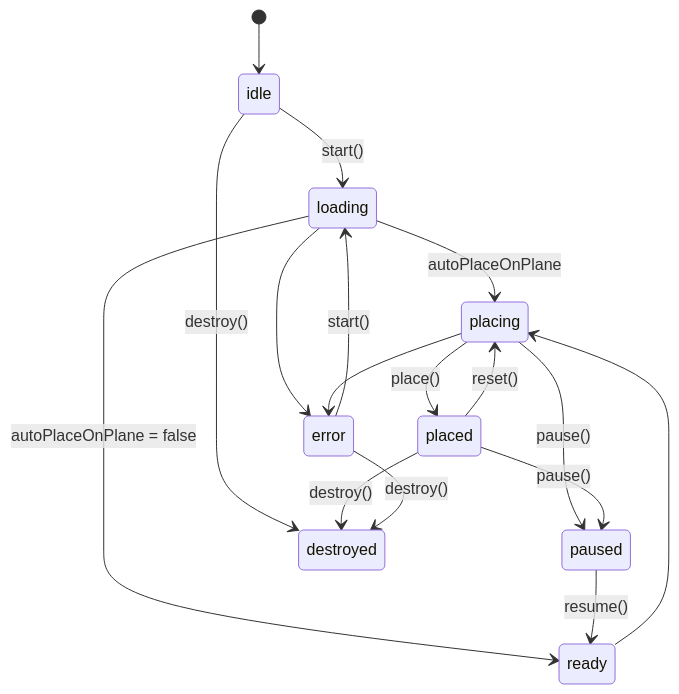
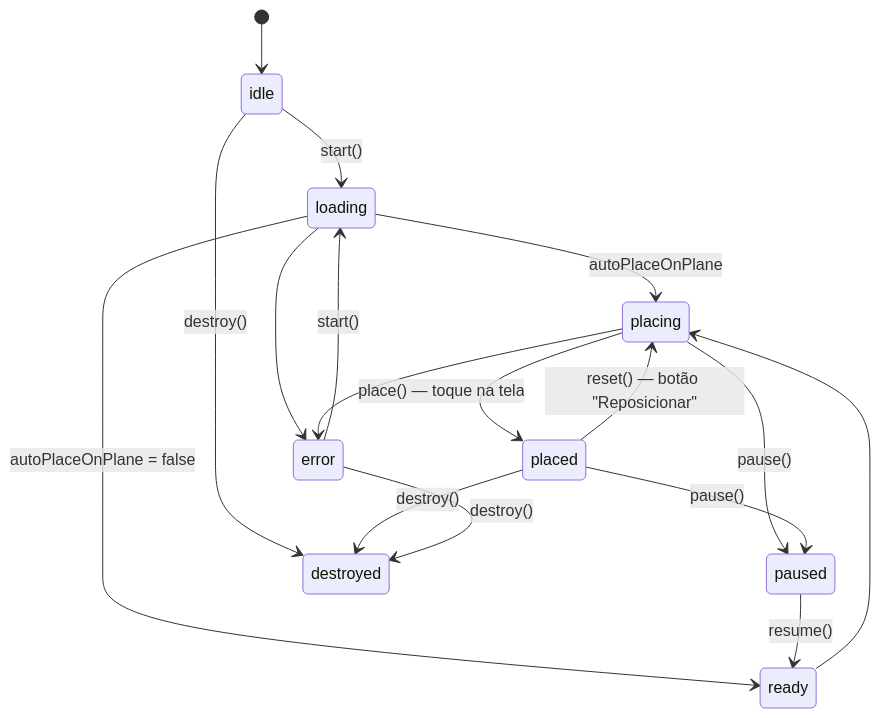
Before and after one commit to phr31/3DWebAR: the second of 2 diagrams in README.md, drawn with Mermaid. The commit also changed other lines of this file and 16 other files, not shown here.

````diff
--- a/README.md
+++ b/README.md
@@ -638,19 +639,19 @@
 ```mermaid
 stateDiagram-v2
     [*] --> idle
     idle --> loading: start()
     loading --> placing: autoPlaceOnPlane
     loading --> ready: autoPlaceOnPlane = false
     ready --> placing
-    placing --> placed: place()
-    placed --> placing: reset()
+    placing --> placed: place() — toque na tela
+    placed --> placing: reset() — botão "Reposicionar"
     placing --> paused: pause()
     placed --> paused: pause()
     paused --> ready: resume()
     loading --> error
     placing --> error
     error --> loading: start()
     idle --> destroyed: destroy()
     placed --> destroyed: destroy()
     error --> destroyed: destroy()
 ```
````
